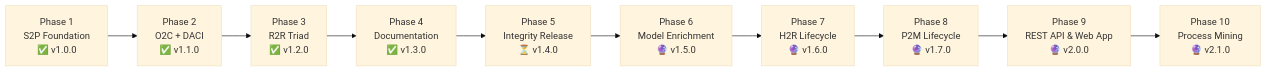
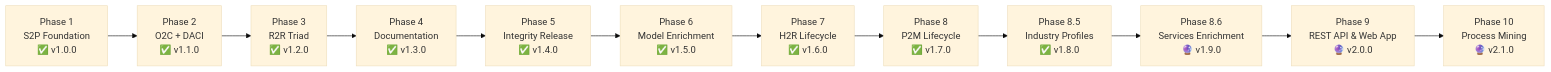
The diagram in ROADMAP.md (GeorgeYinDev/ValueChainModel), drawn with Mermaid (base theme) before and after one commit. The commit also changed other lines of this file and 243 other files, not shown here.

First line of the commit message:
feat(phase8.5): Multi-Industry Profile Inheritance Architecture (v1.8.0)

````diff
--- a/ROADMAP.md
+++ b/ROADMAP.md
@@ -8,12 +8,14 @@
 ```mermaid
 flowchart LR
   P1["Phase 1<br/>S2P Foundation<br/>✅ v1.0.0"] --> P2["Phase 2<br/>O2C + DACI<br/>✅ v1.1.0"]
   P2 --> P3["Phase 3<br/>R2R Triad<br/>✅ v1.2.0"]
   P3 --> P4["Phase 4<br/>Documentation<br/>✅ v1.3.0"]
-  P4 --> P5["Phase 5<br/>Integrity Release<br/>⏳ v1.4.0"]
-  P5 --> P6["Phase 6<br/>Model Enrichment<br/>🔮 v1.5.0"]
-  P6 --> P7["Phase 7<br/>H2R Lifecycle<br/>🔮 v1.6.0"]
-  P7 --> P8["Phase 8<br/>P2M Lifecycle<br/>🔮 v1.7.0"]
-  P8 --> P9["Phase 9<br/>REST API & Web App<br/>🔮 v2.0.0"]
+  P4 --> P5["Phase 5<br/>Integrity Release<br/>✅ v1.4.0"]
+  P5 --> P6["Phase 6<br/>Model Enrichment<br/>✅ v1.5.0"]
+  P6 --> P7["Phase 7<br/>H2R Lifecycle<br/>✅ v1.6.0"]
+  P7 --> P8["Phase 8<br/>P2M Lifecycle<br/>✅ v1.7.0"]
+  P8 --> P85["Phase 8.5<br/>Industry Profiles<br/>✅ v1.8.0"]
+  P85 --> P86["Phase 8.6<br/>Services Enrichment<br/>🔮 v1.9.0"]
+  P86 --> P9["Phase 9<br/>REST API & Web App<br/>🔮 v2.0.0"]
   P9 --> P10["Phase 10<br/>Process Mining<br/>🔮 v2.1.0"]
 ```
````
